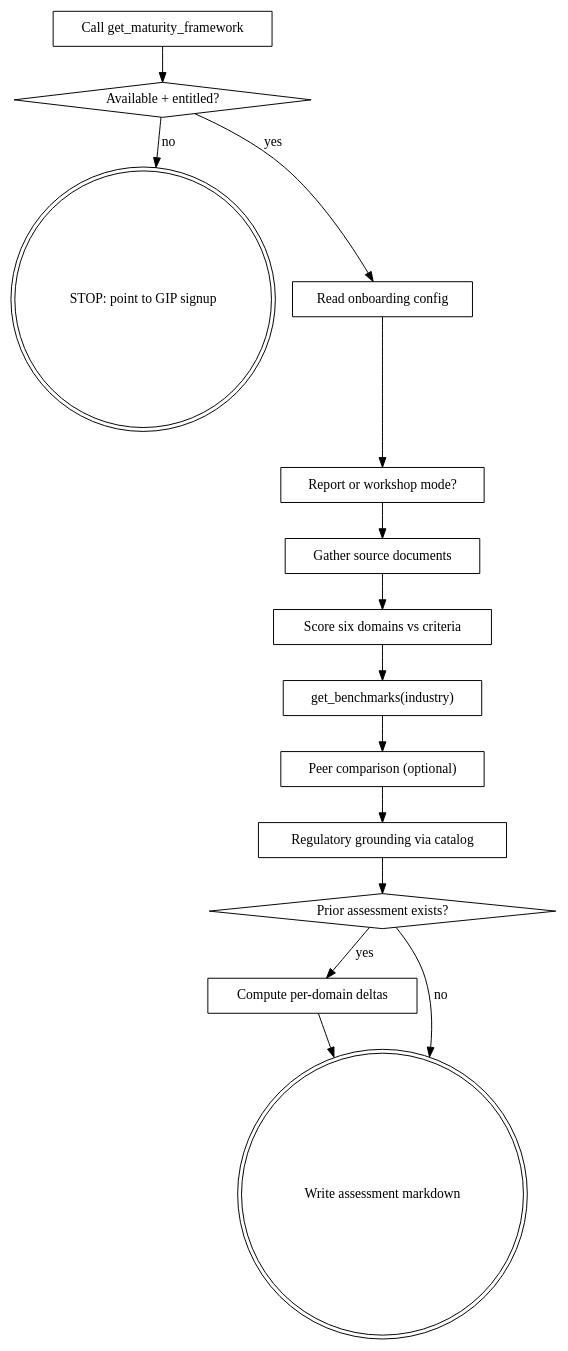
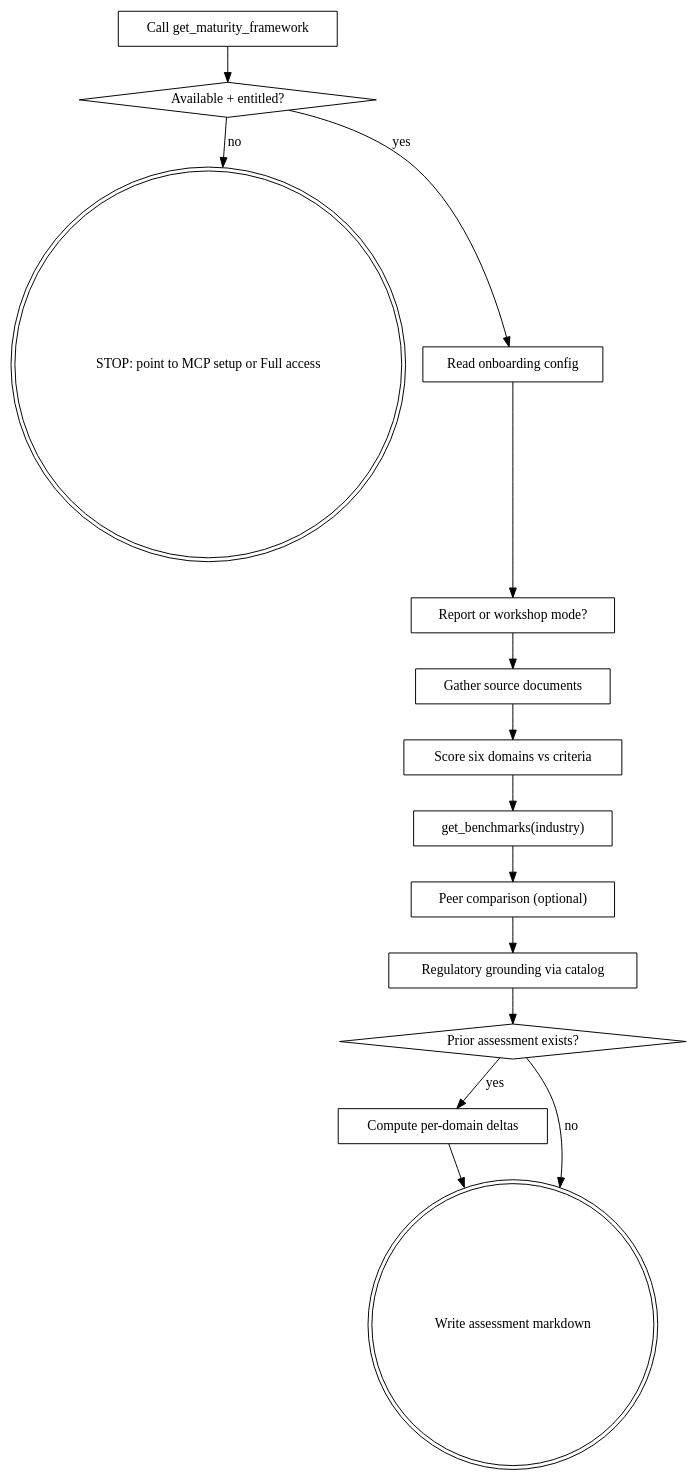
Before and after one commit to credo-ai/credoai-plugins: the diagram in plugins/governance-intelligence/skills/aigov-maturity/SKILL.md, drawn with Graphviz. The commit also changed other lines of this file and 6 other files, not shown here.

````diff
--- a/plugins/governance-intelligence/skills/aigov-maturity/SKILL.md
+++ b/plugins/governance-intelligence/skills/aigov-maturity/SKILL.md
@@ -47,31 +66,31 @@
 ```dot
 digraph maturity {
     "Call get_maturity_framework" [shape=box];
     "Available + entitled?" [shape=diamond];
-    "STOP: point to GIP signup" [shape=doublecircle];
+    "STOP: point to MCP setup or Full access" [shape=doublecircle];
     "Read onboarding config" [shape=box];
     "Report or workshop mode?" [shape=box];
     "Gather source documents" [shape=box];
     "Score six domains vs criteria" [shape=box];
     "get_benchmarks(industry)" [shape=box];
     "Peer comparison (optional)" [shape=box];
     "Regulatory grounding via catalog" [shape=box];
     "Prior assessment exists?" [shape=diamond];
     "Compute per-domain deltas" [shape=box];
     "Write assessment markdown" [shape=doublecircle];
 
     "Call get_maturity_framework" -> "Available + entitled?";
-    "Available + entitled?" -> "STOP: point to GIP signup" [label="no"];
+    "Available + entitled?" -> "STOP: point to MCP setup or Full access" [label="no"];
     "Available + entitled?" -> "Read onboarding config" [label="yes"];
     "Read onboarding config" -> "Report or workshop mode?";
     "Report or workshop mode?" -> "Gather source documents";
     "Gather source documents" -> "Score six domains vs criteria";
     "Score six domains vs criteria" -> "get_benchmarks(industry)";
     "get_benchmarks(industry)" -> "Peer comparison (optional)";
     "Peer comparison (optional)" -> "Regulatory grounding via catalog";
     "Regulatory grounding via catalog" -> "Prior assessment exists?";
     "Prior assessment exists?" -> "Compute per-domain deltas" [label="yes"];
     "Prior assessment exists?" -> "Write assessment markdown" [label="no"];
     "Compute per-domain deltas" -> "Write assessment markdown";
 }
 ```
````
